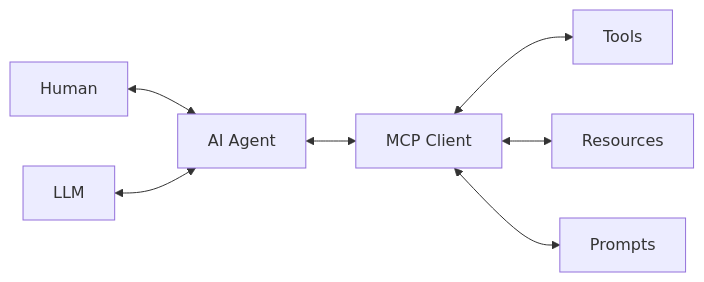
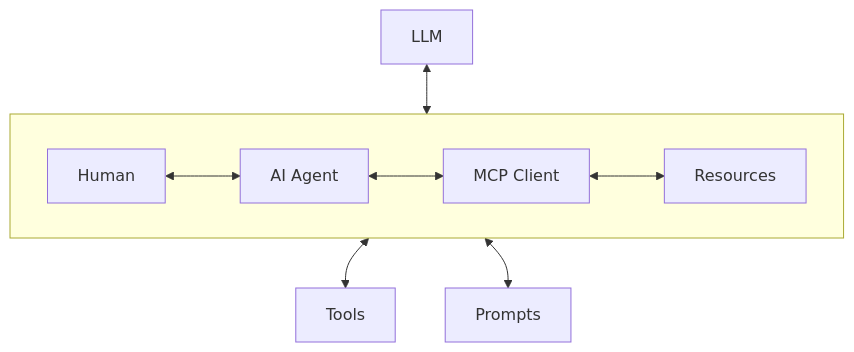
One commit to WebexCC-SA/LAB-31123 changed the diagram in docs/mermaid.md. Above: the diagram before and after it, drawn with Mermaid.

````diff
--- a/docs/mermaid.md
+++ b/docs/mermaid.md
@@ -1,11 +1,14 @@
 ```mermaid
-flowchart LR
-    H[Human] <--> A[AI Agent]
-    A <--> C[MCP Client]
+flowchart TB
+    L[LLM] <--> A[AI Agent]
 
-    L[LLM] <--> A
+    subgraph Main_Flow[" "]
+        direction LR
+        H[Human] <--> A
+        A <--> C[MCP Client]
+        C <--> R[Resources]
+    end
 
     C <--> T[Tools]
-    C <--> R[Resources]
     C <--> P[Prompts]
 ```
````
